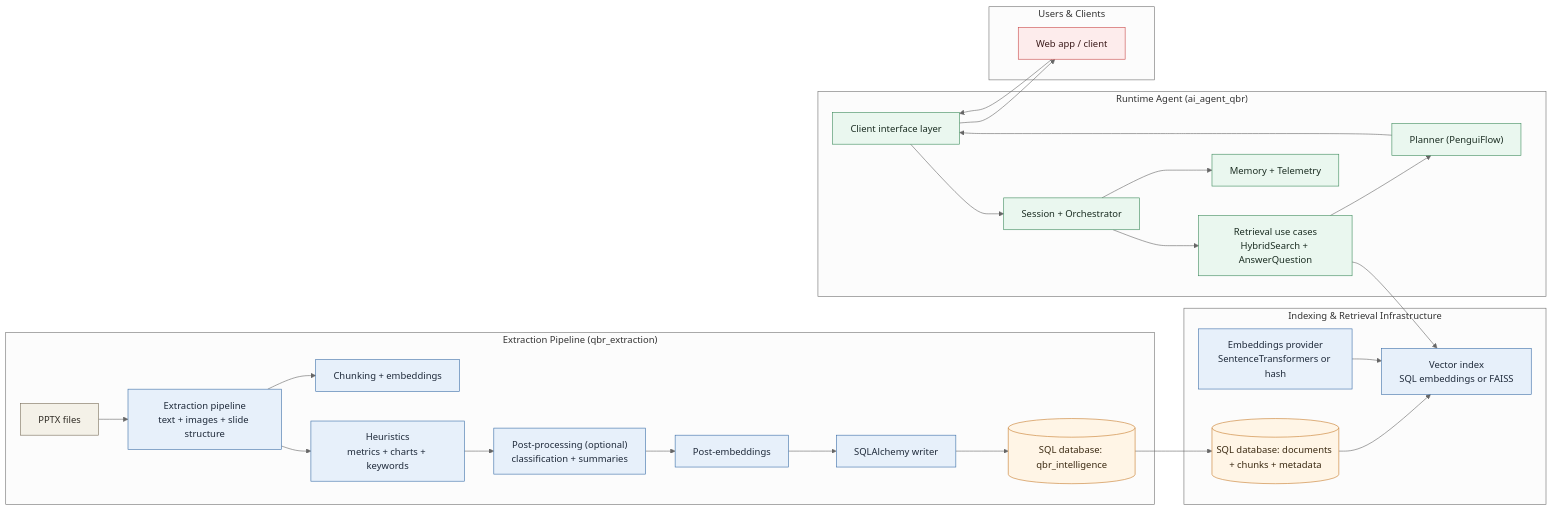
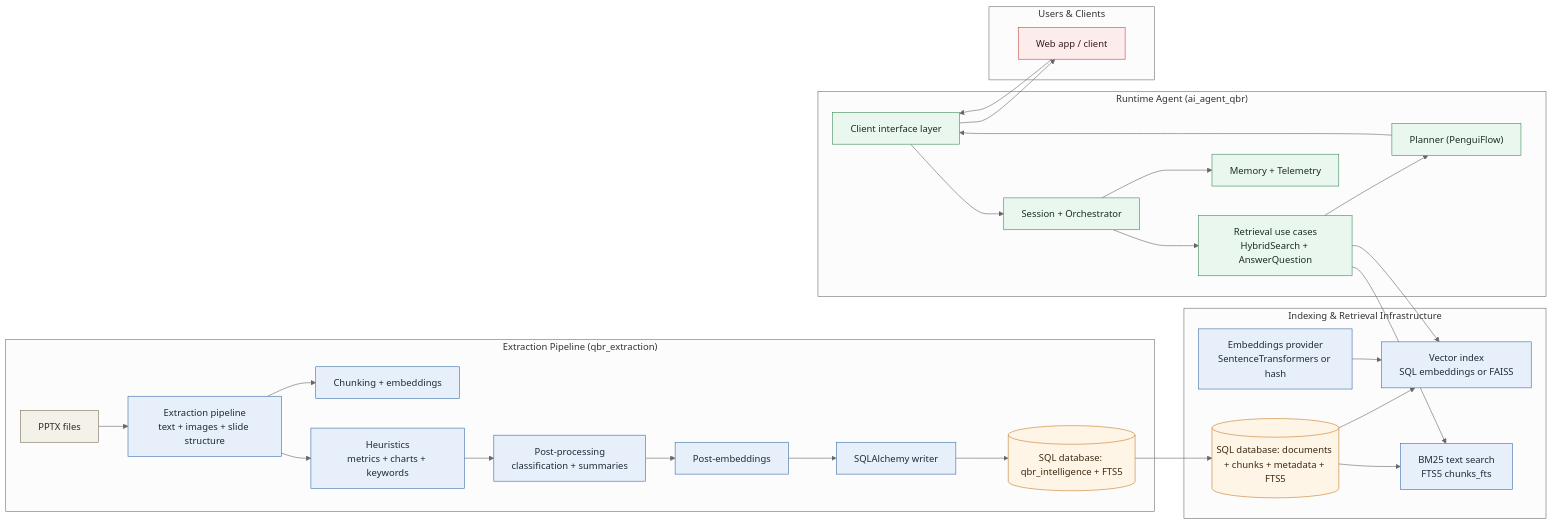
The first of 3 diagrams in docs/architecture_workflows.md (bjaimelgads/ai-agent-qbr), drawn with Mermaid (neutral theme) before and after one commit. The commit also changed other lines of this file and 18 other files, not shown here.

````diff
--- a/docs/architecture_workflows.md
+++ b/docs/architecture_workflows.md
@@ -11,47 +11,50 @@
 ```mermaid
 flowchart LR
   %% Styles
   classDef source fill:#F4F1E8,stroke:#7A6E5A,color:#2E2A23
   classDef process fill:#E7F0FA,stroke:#3B6EA8,color:#1F2A3A
   classDef store fill:#FFF5E6,stroke:#C77D2D,color:#3B2A12
   classDef runtime fill:#EAF7EF,stroke:#3D8B5C,color:#1C2E23
   classDef edge fill:#FDECEC,stroke:#C94A4A,color:#3A1A1A
 
   subgraph A["Extraction Pipeline (qbr_extraction)"]
     A1["PPTX files"]:::source --> A2["Extraction pipeline<br/>text + images + slide structure"]:::process
     A2 --> A3["Chunking + embeddings"]:::process
     A2 --> A4["Heuristics<br/>metrics + charts + keywords"]:::process
-    A4 --> A5["Post-processing (optional)<br/>classification + summaries"]:::process
+    A4 --> A5["Post-processing<br/>classification + summaries"]:::process
     A5 --> A6["Post-embeddings"]:::process
     A6 --> A7["SQLAlchemy writer"]:::process
-    A7 --> A8[(SQL database: qbr_intelligence)]:::store
+    A7 --> A8[(SQL database: qbr_intelligence + FTS5)]:::store
   end
 
   subgraph B["Indexing & Retrieval Infrastructure"]
-    B1[("SQL database: documents + chunks + metadata")]:::store
+    B1[("SQL database: documents + chunks + metadata + FTS5")]:::store
     B2["Vector index<br/>SQL embeddings or FAISS"]:::process
     B3["Embeddings provider<br/>SentenceTransformers or hash"]:::process
+    B4["BM25 text search<br/>FTS5 chunks_fts"]:::process
   end
 
   subgraph C["Runtime Agent (ai_agent_qbr)"]
     C1["Client interface layer"]:::runtime
     C2["Session + Orchestrator"]:::runtime
     C3["Planner (PenguiFlow)"]:::runtime
     C4["Retrieval use cases<br/>HybridSearch + AnswerQuestion"]:::runtime
     C5["Memory + Telemetry"]:::runtime
   end
 
   subgraph D["Users & Clients"]
   D1["Web app / client"]:::edge
   end
 
   A8 --> B1
   B1 --> B2
   B3 --> B2
+  B1 --> B4
 
   D1 --> C1
   C1 --> C2 --> C4 --> B2
+  C4 --> B4
   C4 --> C3
   C3 --> C1 --> D1
   C2 --> C5
 ```
````
